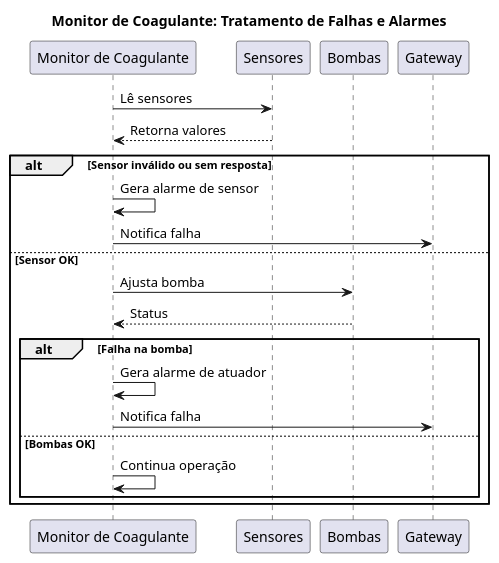
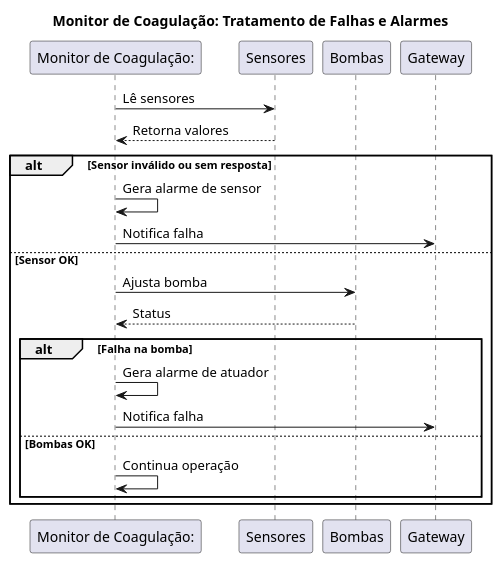
One commit to Monique-HidroSolo/plantuml changed the diagram in Documentação Monitor/Alarmes.puml. Above: the diagram before and after it, drawn with PlantUML. The commit also changed 13 other files, not shown here.

```diff
--- a/Documentação Monitor/Alarmes.puml
+++ b/Documentação Monitor/Alarmes.puml
@@ -1,27 +1,27 @@
 @startuml
-title Monitor de Coagulante: Tratamento de Falhas e Alarmes
+title Monitor de Coagulação: Tratamento de Falhas e Alarmes
 
-participant "Monitor de Coagulante" as MC
+participant "Monitor de Coagulação:" as MC
 participant Sensores as S
 participant "Bombas" as B
 participant Gateway as GW
 
 MC -> S: Lê sensores
 S --> MC: Retorna valores
 
 alt Sensor inválido ou sem resposta
     MC -> MC: Gera alarme de sensor
     MC -> GW: Notifica falha
 else Sensor OK
     MC -> B: Ajusta bomba
     B --> MC: Status
 
     alt Falha na bomba
         MC -> MC: Gera alarme de atuador
         MC -> GW: Notifica falha
     else Bombas OK
         MC -> MC: Continua operação
     end
 end
 
 @enduml
```
